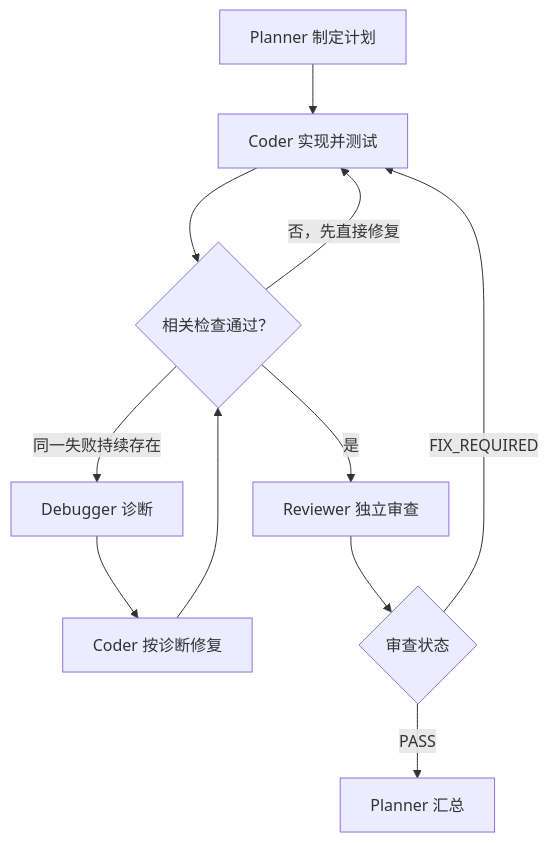
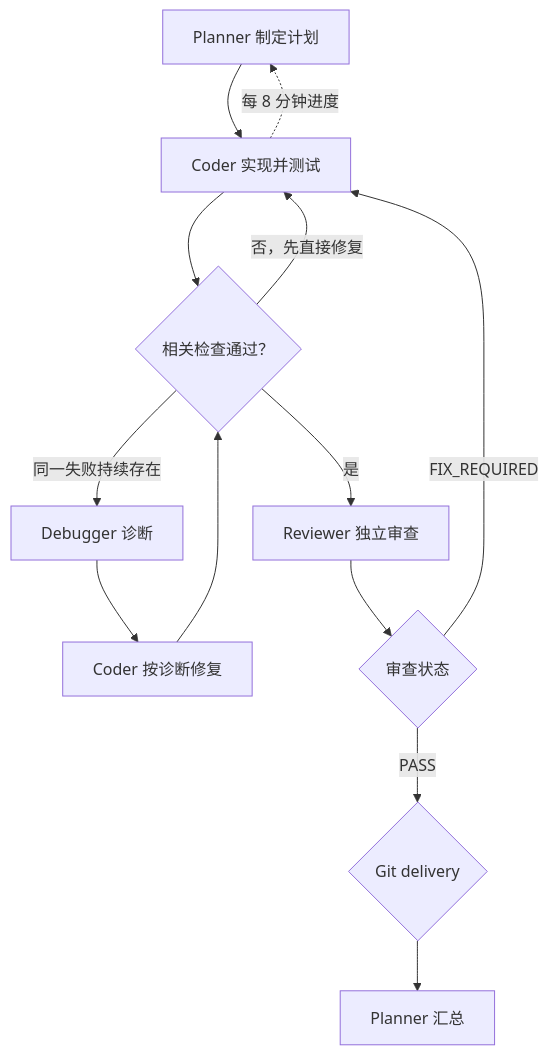
Before and after one commit to Jaeger-1231/herdr-workflow: the diagram in README.md, drawn with Mermaid. The commit also changed other lines of this file, not shown here.

Commit message:
Document Git delivery and eight-minute progress

````diff
--- a/README.md
+++ b/README.md
@@ -41,13 +42,15 @@
 ```mermaid
 flowchart TD
     P["Planner 制定计划"] --> C["Coder 实现并测试"]
+    C -. "每 8 分钟进度" .-> P
     C --> T{"相关检查通过？"}
     T -- "是" --> R["Reviewer 独立审查"]
     T -- "否，先直接修复" --> C
     T -- "同一失败持续存在" --> D["Debugger 诊断"]
     D --> F["Coder 按诊断修复"]
     F --> T
     R --> S{"审查状态"}
-    S -- "PASS" --> E["Planner 汇总"]
     S -- "FIX_REQUIRED" --> C
+    S -- "PASS" --> G{"Git delivery"}
+    G --> E["Planner 汇总"]
 ```
````
